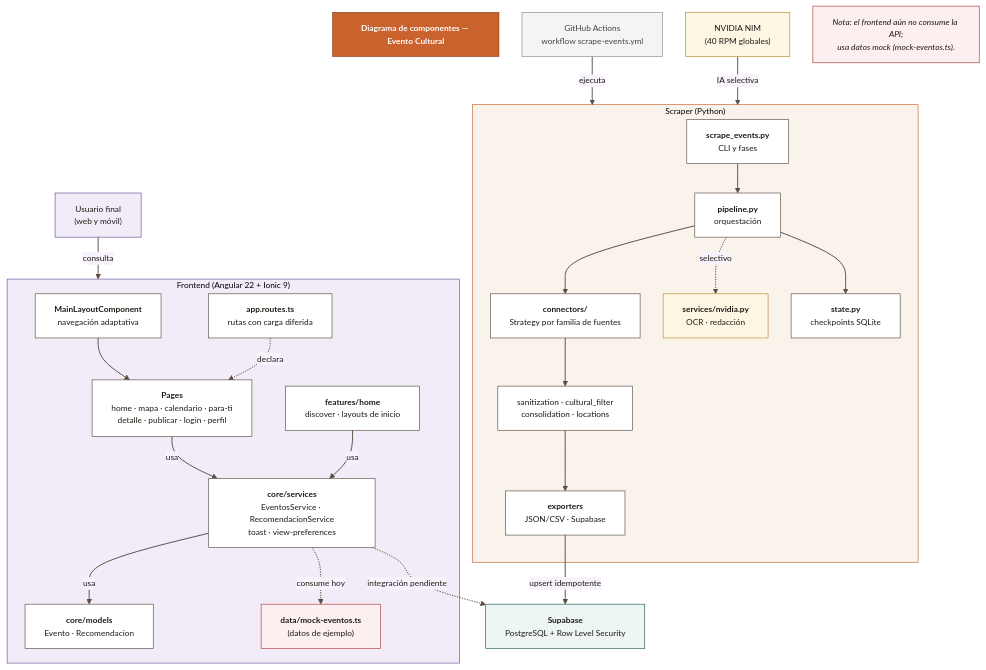
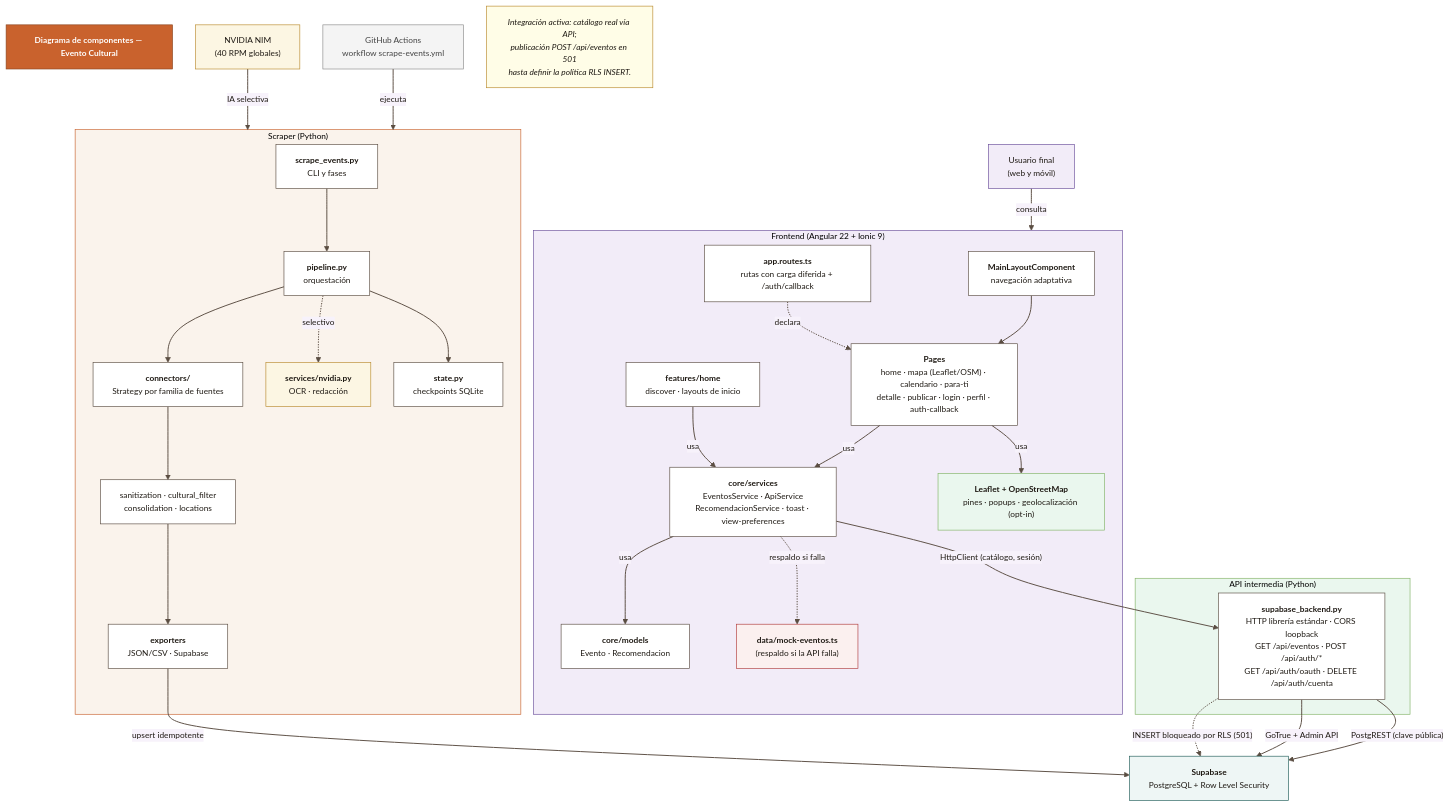
The diagram in Fase 2/Evidencias Proyecto/Documentacion Tecnica/Diagramas/02_componentes.mmd (sunsitox/Proyecto_Capston_Evento_Cultural), drawn with Mermaid before and after one commit. The commit also changed 42 other files, not shown here.

```diff
--- a/Fase 2/Evidencias Proyecto/Documentacion Tecnica/Diagramas/02_componentes.mmd
+++ b/Fase 2/Evidencias Proyecto/Documentacion Tecnica/Diagramas/02_componentes.mmd
@@ -1,69 +1,82 @@
 %%{init: {"theme":"base","themeVariables":{"fontFamily":"Arial, Helvetica, sans-serif","fontSize":"13px","primaryColor":"#FBF7F2","primaryTextColor":"#1F1A14","primaryBorderColor":"#5A4D42","lineColor":"#5A4D42","clusterBkg":"transparent","clusterBorder":"#5A4D42"},"flowchart":{"curve":"basis","nodeSpacing":36,"rankSpacing":46,"htmlLabels":true}}}%%
 flowchart TB
   T["Diagrama de componentes — Evento Cultural"]
   classDef tit fill:#C9622D,stroke:#8A4520,color:#FFFFFF,font-weight:bold
   classDef caja fill:#FFFFFF,stroke:#5A4D42,color:#1F1A14
   classDef nv fill:#FCF6E3,stroke:#B98A2D,color:#1F1A14
   classDef sup fill:#EEF6F5,stroke:#1F5C57,color:#1F1A14
   classDef fe fill:#F2ECF8,stroke:#6B4E9B,color:#1F1A14
   classDef mock fill:#FBF0EF,stroke:#B03A3A,color:#1F1A14
   classDef gha fill:#F4F4F4,stroke:#8A8A8A,color:#444444
-  classDef nota fill:#FBF0EF,stroke:#B03A3A,color:#1F1A14,font-style:italic
+  classDef mapa fill:#EAF7EE,stroke:#82B366,color:#1F1A14
+  classDef nota fill:#FFFDE7,stroke:#B98A2D,color:#1F1A14,font-style:italic
 
   subgraph FE["Frontend (Angular 22 + Ionic 9)"]
     SHELL["<b>MainLayoutComponent</b><br/>navegación adaptativa"]
-    PAGES["<b>Pages</b><br/>home · mapa · calendario · para-ti<br/>detalle · publicar · login · perfil"]
-    ROUTES["<b>app.routes.ts</b><br/>rutas con carga diferida"]
+    PAGES["<b>Pages</b><br/>home · mapa (Leaflet/OSM) · calendario · para-ti<br/>detalle · publicar · login · perfil · auth-callback"]
+    ROUTES["<b>app.routes.ts</b><br/>rutas con carga diferida + /auth/callback"]
     DISC["<b>features/home</b><br/>discover · layouts de inicio"]
-    SVC["<b>core/services</b><br/>EventosService · RecomendacionService<br/>toast · view-preferences"]
+    SVC["<b>core/services</b><br/>EventosService · ApiService<br/>RecomendacionService · toast · view-preferences"]
     MODELS["<b>core/models</b><br/>Evento · Recomendacion"]
-    MOCK["<b>data/mock-eventos.ts</b><br/>(datos de ejemplo)"]
+    MAPA["<b>Leaflet + OpenStreetMap</b><br/>pines · popups · geolocalización (opt-in)"]
+    MOCK["<b>data/mock-eventos.ts</b><br/>(respaldo si la API falla)"]
+  end
+
+  subgraph AP["API intermedia (Python)"]
+    BAPI["<b>supabase_backend.py</b><br/>HTTP librería estándar · CORS loopback<br/>GET /api/eventos · POST /api/auth/*<br/>GET /api/auth/oauth · DELETE /api/auth/cuenta"]
   end
 
   subgraph SC["Scraper (Python)"]
     CLI["<b>scrape_events.py</b><br/>CLI y fases"]
     PIPE["<b>pipeline.py</b><br/>orquestación"]
     CONN["<b>connectors/</b><br/>Strategy por familia de fuentes"]
     SAN["sanitization · cultural_filter<br/>consolidation · locations"]
     NVD["<b>services/nvidia.py</b><br/>OCR · redacción"]
     STT["<b>state.py</b><br/>checkpoints SQLite"]
     EXP["<b>exporters</b><br/>JSON/CSV · Supabase"]
   end
 
   DB["<b>Supabase</b><br/>PostgreSQL + Row Level Security"]
   GHA["GitHub Actions<br/>workflow scrape-events.yml"]
   NIM["NVIDIA NIM<br/>(40 RPM globales)"]
   USR["Usuario final<br/>(web y móvil)"]
-  NOTA["Nota: el frontend aún no consume la API;<br/>usa datos mock (mock-eventos.ts)."]
+  NOTA["Integración activa: catálogo real vía API;<br/>publicación POST /api/eventos en 501<br/>hasta definir la política RLS INSERT."]
 
   SHELL --> PAGES
   ROUTES -.->|declara| PAGES
   PAGES -->|usa| SVC
   SVC -->|usa| MODELS
-  SVC -.->|"consume hoy"| MOCK
+  PAGES -->|usa| MAPA
+  SVC -.->|"respaldo si falla"| MOCK
   DISC -->|usa| SVC
+  SVC -->|"HttpClient (catálogo, sesión)"| BAPI
+  BAPI -->|"PostgREST (clave pública)"| DB
+  BAPI -->|"GoTrue + Admin API"| DB
+  BAPI -.->|"INSERT bloqueado por RLS (501)"| DB
   CLI --> PIPE
   PIPE --> CONN
   CONN --> SAN
   SAN --> EXP
   PIPE -.->|selectivo| NVD
   PIPE --> STT
   EXP -->|"upsert idempotente"| DB
-  SVC -.->|"integración pendiente"| DB
   GHA -->|ejecuta| SC
   NIM -->|"IA selectiva"| SC
   USR -->|consulta| FE
 
   style FE fill:#F2ECF8,stroke:#6B4E9B
+  style AP fill:#EAF7EE,stroke:#82B366
   style SC fill:#FAF3EC,stroke:#C9622D
   class T tit
   class SHELL,PAGES,ROUTES,DISC,SVC,MODELS caja
+  class MAPA mapa
   class MOCK mock
+  class BAPI caja
   class CLI,PIPE,CONN,SAN,STT,EXP caja
   class NVD nv
   class DB sup
   class GHA gha
   class NIM nv
   class USR fe
   class NOTA nota
   linkStyle default stroke-width:1.5px
```
